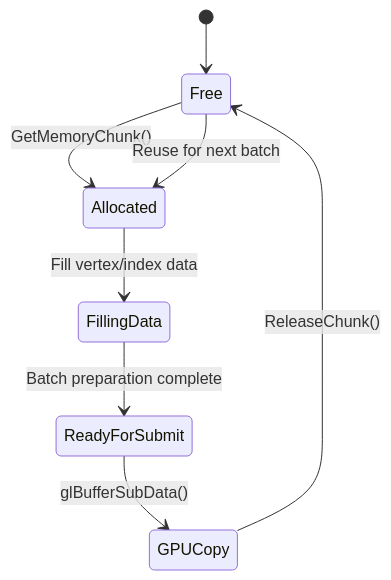
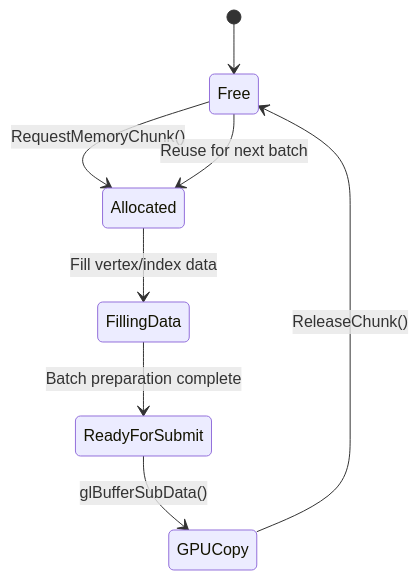
Before and after one commit to Ienium/IeniumGlow: the second of 7 diagrams in docs/pipeline.md, drawn with Mermaid. The commit also changed other lines of this file and 12 other files, not shown here.

````diff
--- a/docs/pipeline.md
+++ b/docs/pipeline.md
@@ -36,10 +36,10 @@
 ```mermaid
 stateDiagram-v2
     [*] --> Free
-    Free --> Allocated : GetMemoryChunk()
+    Free --> Allocated : RequestMemoryChunk()
     Allocated --> FillingData : Fill vertex/index data
     FillingData --> ReadyForSubmit : Batch preparation complete
     ReadyForSubmit --> GPUCopy : glBufferSubData()
     GPUCopy --> Free : ReleaseChunk()
     Free --> Allocated : Reuse for next batch
 ```
````
